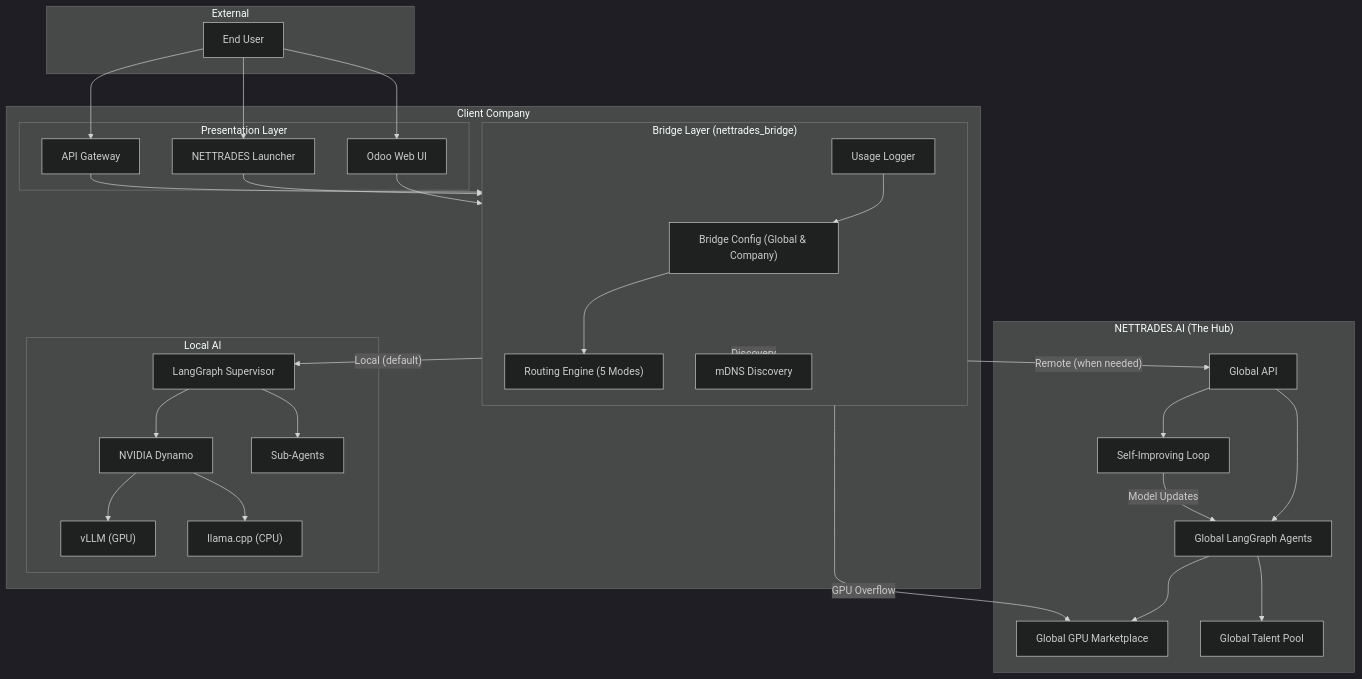
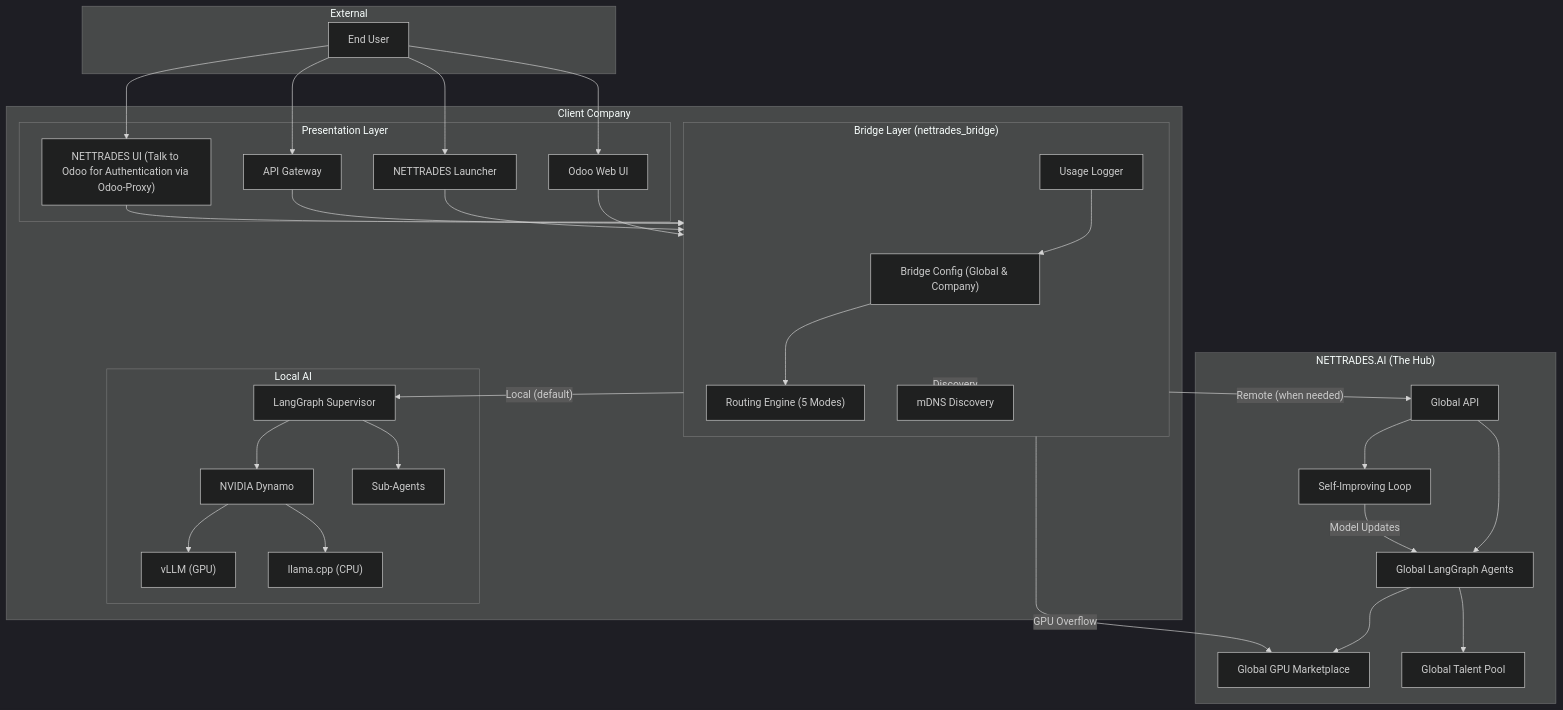
The second of 18 diagrams in README.md (nettrades/nettrades-platform), drawn with Mermaid (dark theme) before and after one commit. The commit also changed other lines of this file and 1 other file, not shown here.

````diff
--- a/README.md
+++ b/README.md
@@ -1046,65 +1050,67 @@
 ```mermaid
-
 graph TB
     subgraph External["External"]
         User["End User"]
     end
 
     subgraph Client["Client Company"]
         subgraph Presentation["Presentation Layer"]
             WebUI["Odoo Web UI"]
             Launcher["NETTRADES Launcher"]
             API["API Gateway"]
+            NETTRADESUI["NETTRADES UI (Talk to Odoo for Authentication via Odoo-Proxy)"]
         end
 
         subgraph Bridge["Bridge Layer (nettrades_bridge)"]
             Config["Bridge Config (Global & Company)"]
             Router["Routing Engine (5 Modes)"]
             Logger["Usage Logger"]
             Discovery["mDNS Discovery"]
         end
 
         subgraph Local["Local AI"]
             LangGraph["LangGraph Supervisor"]
             Dynamo["NVIDIA Dynamo"]
             vLLM["vLLM (GPU)"]
             llama_cpp["llama.cpp (CPU)"]
             Agents["Sub-Agents"]
         end
     end
 
     subgraph Cloud["NETTRADES.AI (The Hub)"]
         GlobalAPI["Global API"]
         GlobalAgents["Global LangGraph Agents"]
         GlobalGPU["Global GPU Marketplace"]
         TalentPool["Global Talent Pool"]
         SelfImproving["Self-Improving Loop"]
     end
 
     User --> WebUI
     User --> Launcher
     User --> API
+    User --> NETTRADESUI
     WebUI --> Bridge
     Launcher --> Bridge
     API --> Bridge
+    NETTRADESUI --> Bridge
 
     Bridge -->|"Local (default)"| LangGraph
     Bridge -->|"Remote (when needed)"| GlobalAPI
     Bridge -->|"GPU Overflow"| GlobalGPU
     Bridge -->|"Discovery"| Discovery
 
     LangGraph --> Dynamo
     Dynamo --> vLLM
     Dynamo --> llama_cpp
     LangGraph --> Agents
 
     GlobalAPI --> GlobalAgents
     GlobalAgents --> TalentPool
     GlobalAgents --> GlobalGPU
     GlobalAPI --> SelfImproving
     SelfImproving -->|"Model Updates"| GlobalAgents
 
     Logger --> Config
     Config --> Router
 
 ```
````
